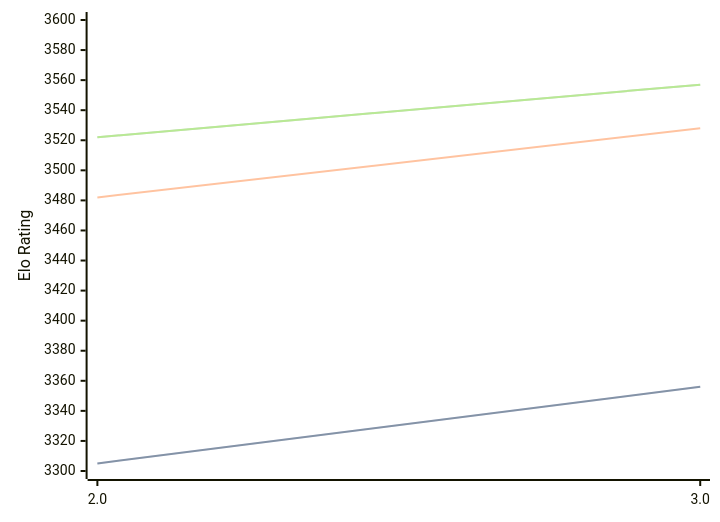
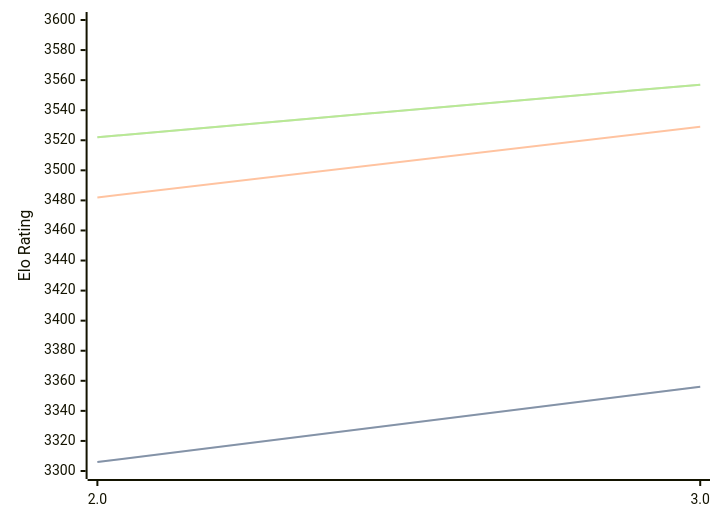
One commit to computer-chess-index/cci changed the diagram in engines/Quanticade.md. Above: the diagram before and after it, drawn with Mermaid. The commit also changed other lines of this file, not shown here.

````diff
--- a/engines/Quanticade.md
+++ b/engines/Quanticade.md
@@ -32,11 +32,11 @@
 ```mermaid
 %%{init: {"theme":"base","themeVariables":{"seriesColors:['#a3a3a3','#222221','#faa371']}}}%%
 xychart-beta
   x-axis ["2.0", "3.0"]
   y-axis "Elo Rating" 3300 --> 3600
-  line "" [3305, 3356]
-  line "STC (8.0+0.08s)" [3305, 3356]
-  line "LTC (60.0+0.60s)" [3482, 3528]
+  line "" [3306, 3356]
+  line "STC (8.0+0.08s)" [3306, 3356]
+  line "LTC (60.0+0.60s)" [3482, 3529]
   line "" [3522, 3557]
   line "VLTC (2m24s+1.12s)" [3522, 3557]
 ```
````
